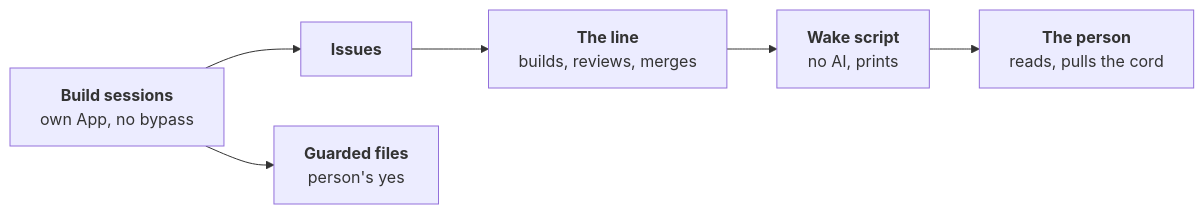
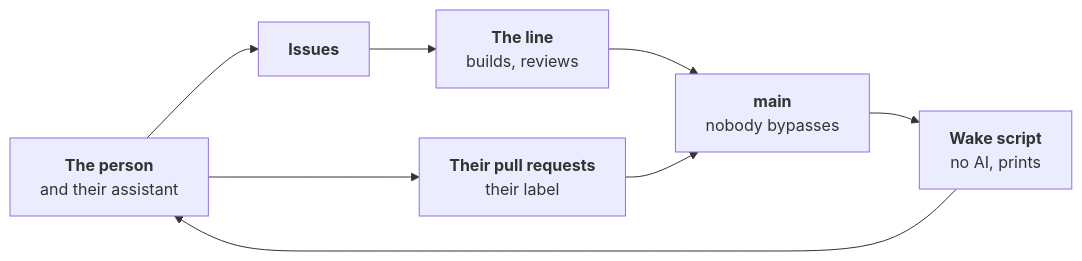
Before and after one commit to JN0V/workline: the diagram in docs/adr/0068-the-line-steps-back-on-its-own-drift.md, drawn with Mermaid. The commit also changed other lines of this file, not shown here.

First line of the commit message:
docs(adr): nobody bypasses main; the assistant is a contributor

````diff
--- a/docs/adr/0068-the-line-steps-back-on-its-own-drift.md
+++ b/docs/adr/0068-the-line-steps-back-on-its-own-drift.md
@@ -52,8 +57,10 @@
 ```mermaid
 flowchart LR
-  sessions["<b>Build sessions</b><br/>own App, no bypass"] --> issues["<b>Issues</b>"]
-  issues --> line["<b>The line</b><br/>builds, reviews, merges"]
-  sessions --> guarded["<b>Guarded files</b><br/>person's yes"]
-  line --> wake["<b>Wake script</b><br/>no AI, prints"]
-  wake --> person["<b>The person</b><br/>reads, pulls the cord"]
+  person["<b>The person</b><br/>and their assistant"] --> issues["<b>Issues</b>"]
+  issues --> line["<b>The line</b><br/>builds, reviews"]
+  person --> prs["<b>Their pull requests</b><br/>their label"]
+  line --> main["<b>main</b><br/>nobody bypasses"]
+  prs --> main
+  main --> wake["<b>Wake script</b><br/>no AI, prints"]
+  wake --> person
 ```
````
